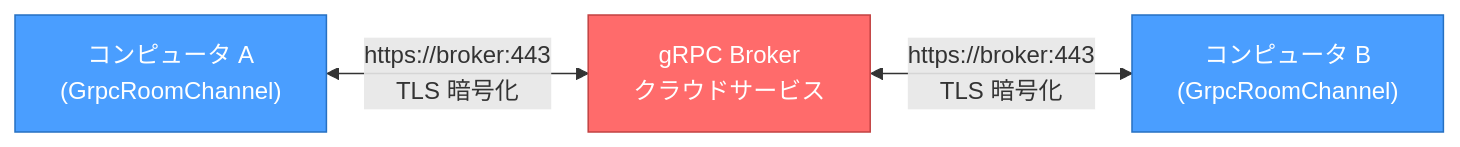
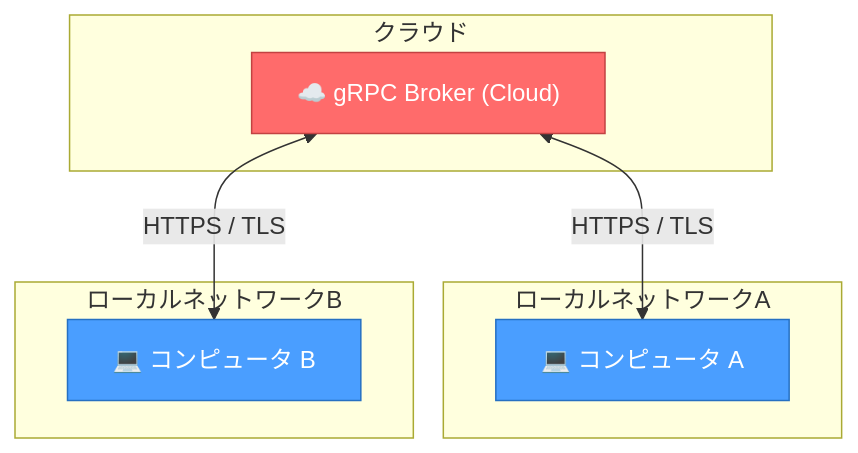
The fourth of 4 diagrams in README.md (jun8k2003/RCOM13162), drawn with Mermaid before and after one commit. The commit also changed other lines of this file, not shown here.

Commit message:
update README.md
change Graph

````diff
--- a/README.md
+++ b/README.md
@@ -87,9 +90,25 @@
 ```mermaid
-graph LR
-    A["コンピュータ A<br/>(GrpcRoomChannel)"] <-->|"https://broker:443<br/>TLS 暗号化"| S["gRPC Broker<br/>クラウドサービス"]
-    S <-->|"https://broker:443<br/>TLS 暗号化"| B["コンピュータ B<br/>(GrpcRoomChannel)"]
+graph TD
+    %% ノード定義
+    subgraph クラウド
+      S["☁️ gRPC Broker (Cloud)"]
+    end
+      subgraph ローカルネットワークA
+        A["💻 コンピュータ A"]
+      end
+      subgraph ローカルネットワークB
+        B["💻 コンピュータ B"]
+      end
 
+    %% クラウドから各PCへの接続
+    S <-->|HTTPS / TLS| A
+    S <-->|HTTPS / TLS| B
+
+    %% AとBの間の「越えられない壁」の表現
+    %% 不可視リンクで横並びを強制しつつ、リンクスタイルで点線を装飾
+
+    %% スタイル定義
     style A fill:#4a9eff,stroke:#2670c2,color:#fff
     style B fill:#4a9eff,stroke:#2670c2,color:#fff
     style S fill:#ff6b6b,stroke:#c24242,color:#fff
 ```
````
